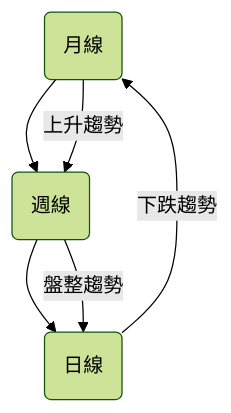
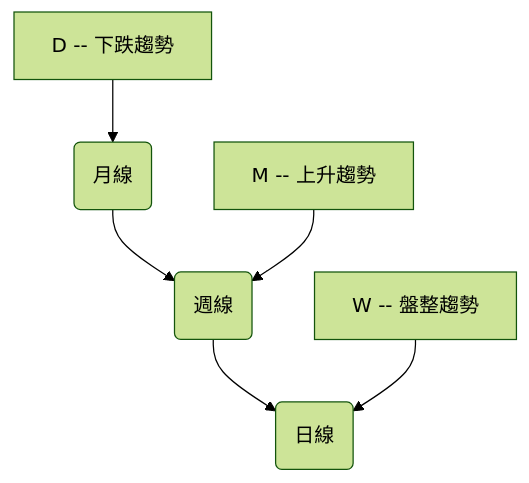
The second of 10 diagrams in ai_gen_report/stock/pltr/technical_analysis_2026-04-02_openai.md (yennanliu/finance_data), drawn with Mermaid (forest theme) before and after one commit. The commit also changed other lines of this file and 2258 other files, not shown here.

First line of the commit message:
chore: backfill Mermaid syntax repair across existing reports

````diff
--- a/ai_gen_report/stock/pltr/technical_analysis_2026-04-02_openai.md
+++ b/ai_gen_report/stock/pltr/technical_analysis_2026-04-02_openai.md
@@ -90,7 +90,7 @@
 ```mermaid
 graph TD
-    M(月線) --> W(週線) --> D(日線)
-    M -- 上升趨勢 --> W
-    W -- 盤整趨勢 --> D
-    D -- 下跌趨勢 --> M
+    M("月線") --> W("週線") --> D("日線")
+    nb1["M -- 上升趨勢"] --> W
+    nb2["W -- 盤整趨勢"] --> D
+    nb3["D -- 下跌趨勢"] --> M
 ```
````
